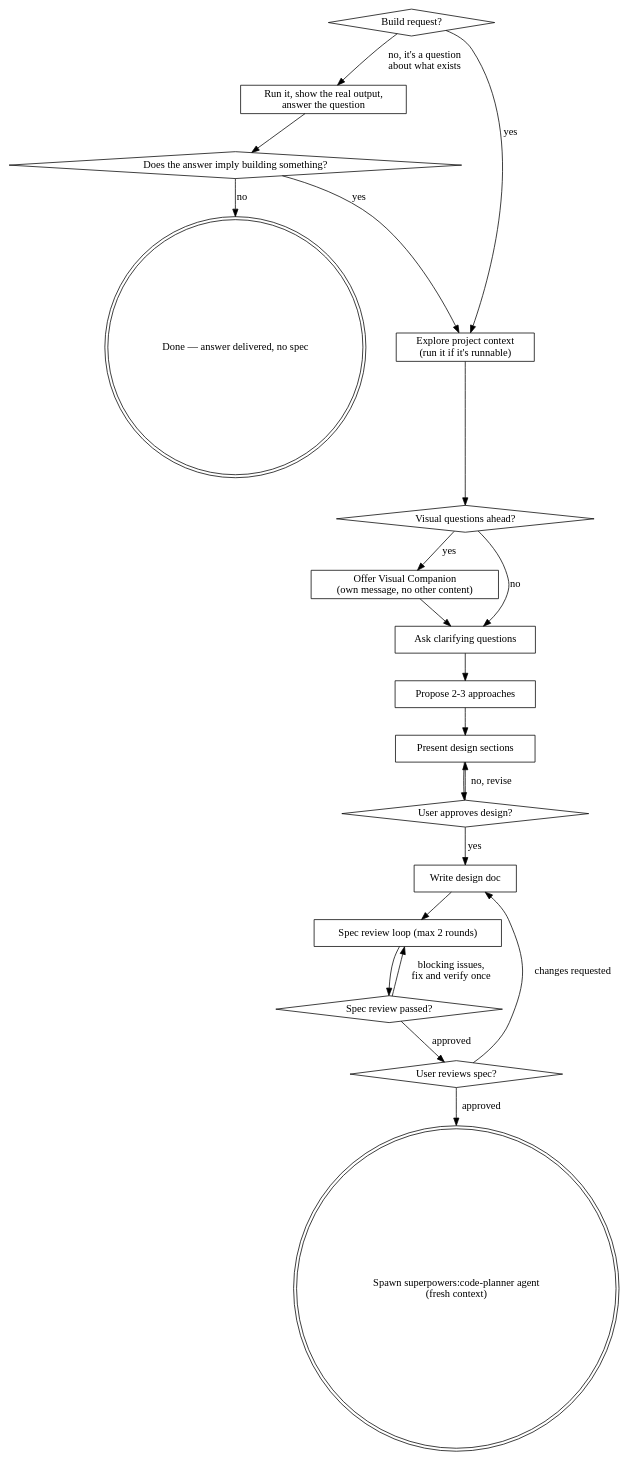
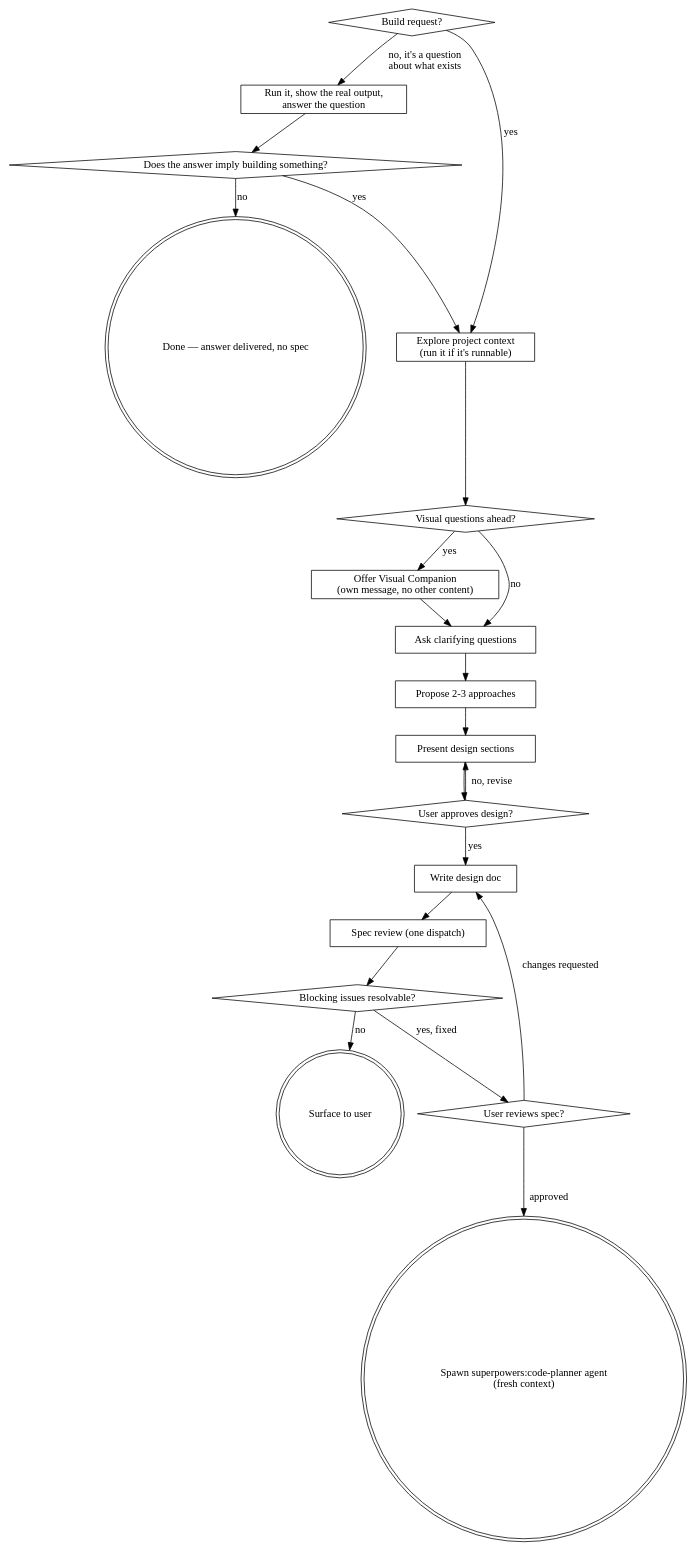
One commit to emilelemoine/superpowers changed the diagram in skills/brainstorming/SKILL.md. Above: the diagram before and after it, drawn with Graphviz. The commit also changed other lines of this file and 4 other files, not shown here.

Commit message:
refactor: one review round, drop Parallelization convention, effort max->high

````diff
--- a/skills/brainstorming/SKILL.md
+++ b/skills/brainstorming/SKILL.md
@@ -52,42 +52,43 @@
 ```dot
 digraph brainstorming {
     "Build request?" [shape=diamond];
     "Run it, show the real output,\nanswer the question" [shape=box];
     "Does the answer imply building something?" [shape=diamond];
     "Done — answer delivered, no spec" [shape=doublecircle];
     "Explore project context\n(run it if it's runnable)" [shape=box];
     "Visual questions ahead?" [shape=diamond];
     "Offer Visual Companion\n(own message, no other content)" [shape=box];
     "Ask clarifying questions" [shape=box];
     "Propose 2-3 approaches" [shape=box];
     "Present design sections" [shape=box];
     "User approves design?" [shape=diamond];
     "Write design doc" [shape=box];
-    "Spec review loop (max 2 rounds)" [shape=box];
-    "Spec review passed?" [shape=diamond];
+    "Spec review (one dispatch)" [shape=box];
+    "Blocking issues resolvable?" [shape=diamond];
+    "Surface to user" [shape=doublecircle];
     "User reviews spec?" [shape=diamond];
     "Spawn superpowers:code-planner agent\n(fresh context)" [shape=doublecircle];
 
     "Build request?" -> "Run it, show the real output,\nanswer the question" [label="no, it's a question\nabout what exists"];
     "Run it, show the real output,\nanswer the question" -> "Does the answer imply building something?";
     "Does the answer imply building something?" -> "Done — answer delivered, no spec" [label="no"];
     "Does the answer imply building something?" -> "Explore project context\n(run it if it's runnable)" [label="yes"];
     "Build request?" -> "Explore project context\n(run it if it's runnable)" [label="yes"];
 
     "Explore project context\n(run it if it's runnable)" -> "Visual questions ahead?";
     "Visual questions ahead?" -> "Offer Visual Companion\n(own message, no other content)" [label="yes"];
     "Visual questions ahead?" -> "Ask clarifying questions" [label="no"];
     "Offer Visual Companion\n(own message, no other content)" -> "Ask clarifying questions";
     "Ask clarifying questions" -> "Propose 2-3 approaches";
     "Propose 2-3 approaches" -> "Present design sections";
     "Present design sections" -> "User approves design?";
     "User approves design?" -> "Present design sections" [label="no, revise"];
     "User approves design?" -> "Write design doc" [label="yes"];
-    "Write design doc" -> "Spec review loop (max 2 rounds)";
-    "Spec review loop (max 2 rounds)" -> "Spec review passed?";
-    "Spec review passed?" -> "Spec review loop (max 2 rounds)" [label="blocking issues,\nfix and verify once"];
-    "Spec review passed?" -> "User reviews spec?" [label="approved"];
+    "Write design doc" -> "Spec review (one dispatch)";
+    "Spec review (one dispatch)" -> "Blocking issues resolvable?";
+    "Blocking issues resolvable?" -> "Surface to user" [label="no"];
+    "Blocking issues resolvable?" -> "User reviews spec?" [label="yes, fixed"];
     "User reviews spec?" -> "Write design doc" [label="changes requested"];
     "User reviews spec?" -> "Spawn superpowers:code-planner agent\n(fresh context)" [label="approved"];
 }
 ```
````
